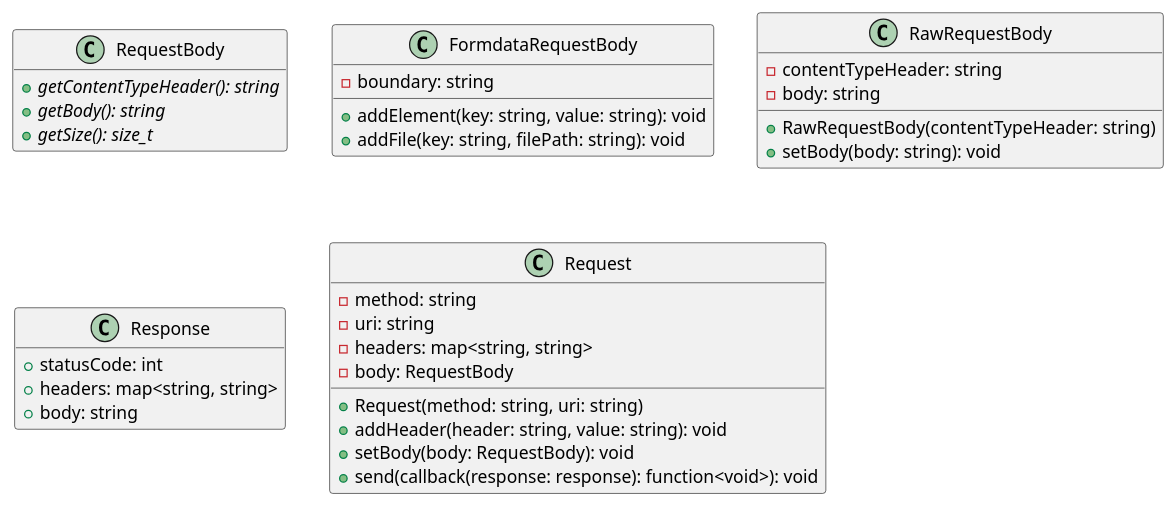
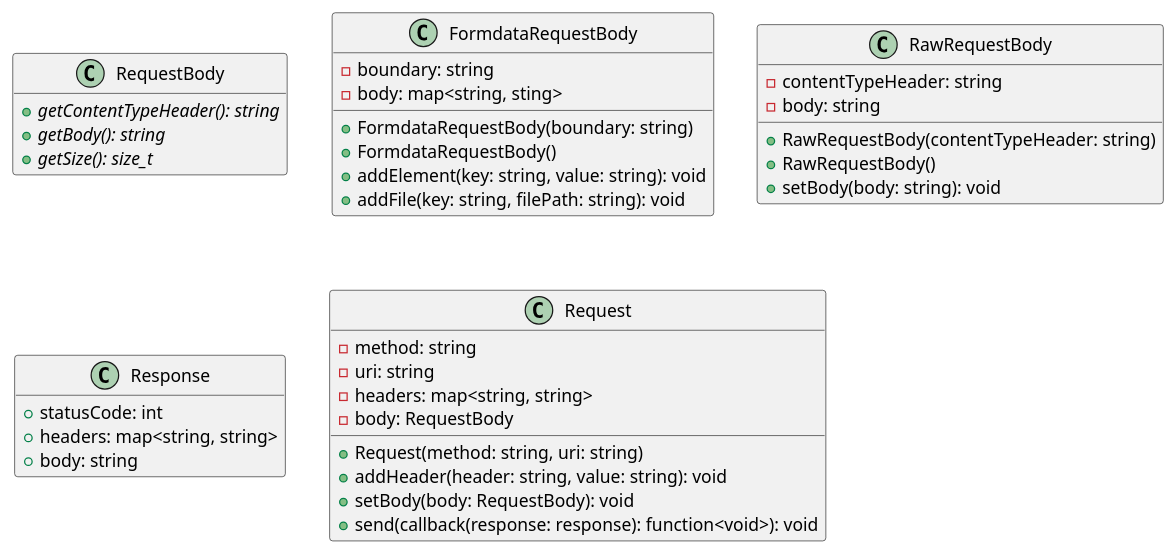
One commit to xarbit/getit changed the diagram in docs/diagrams/classes.puml. Above: the diagram before and after it, drawn with PlantUML. The commit also changed 8 other files, not shown here.

Commit message:
Start testing FormdataRequest

```diff
--- a/docs/diagrams/classes.puml
+++ b/docs/diagrams/classes.puml
@@ -1,44 +1,48 @@
 @startuml Classes
 
 class RequestBody {
     + {abstract} getContentTypeHeader(): string
     + {abstract} getBody(): string
     + {abstract} getSize(): size_t
 }
 hide RequestBody fields
 
 class FormdataRequestBody {
     - boundary: string
+    - body: map<string, sting>
 
+    + FormdataRequestBody(boundary: string)
+    + FormdataRequestBody()
     + addElement(key: string, value: string): void
     + addFile(key: string, filePath: string): void
 }
 
 class RawRequestBody {
     - contentTypeHeader: string
     - body: string
 
     + RawRequestBody(contentTypeHeader: string)
+    + RawRequestBody()
     + setBody(body: string): void
 }
 
 class Response {
     + statusCode: int
     + headers: map<string, string>
     + body: string
 }
 hide Response methods
 
 class Request {
     - method: string
     - uri: string
     - headers: map<string, string>
     - body: RequestBody
 
     + Request(method: string, uri: string)
     + addHeader(header: string, value: string): void
     + setBody(body: RequestBody): void
     + send(callback(response: response): function<void>): void
 }
 
 @enduml
```
